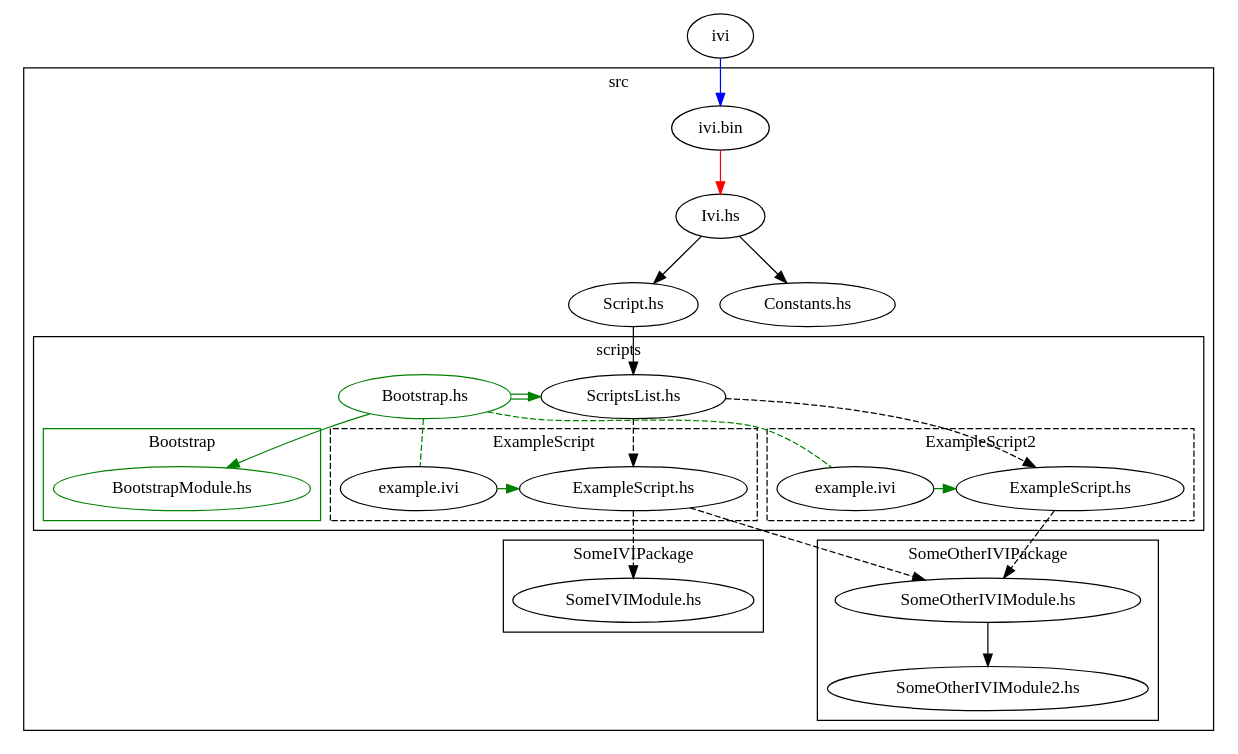
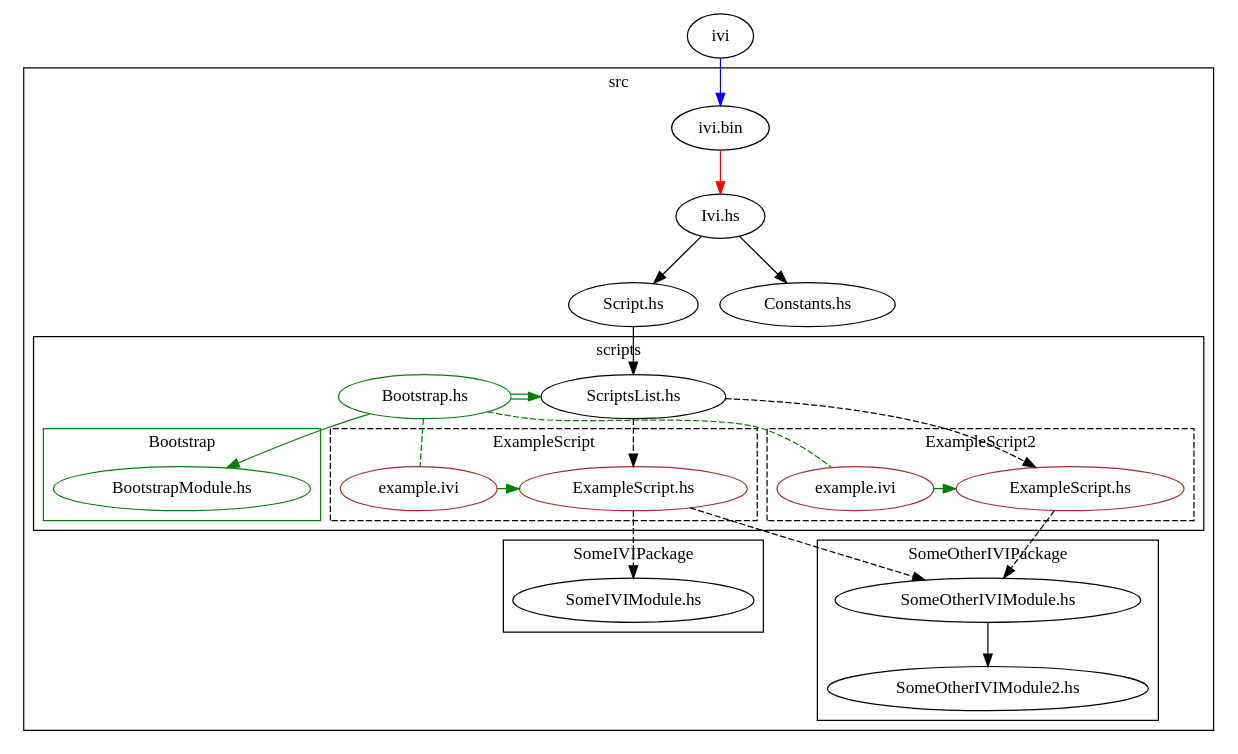
One commit to NorfairKing/IVI changed the diagram in details/dep_graph.dot. Above: the diagram before and after it, drawn with Graphviz. The commit also changed 1 other file, not shown here.

```diff
--- a/details/dep_graph.dot
+++ b/details/dep_graph.dot
@@ -1,82 +1,82 @@
 digraph G {
     ivilink [label="ivi"];
 
     subgraph cluster_src {
         label = "src";
         
         ivibin [label="ivi.bin"];
         
         ivihs [label="Ivi.hs"];
         scripths [label="Script.hs"];
         constantshs [label="Constants.hs"];
 
         {rank=same scripths constantshs};
 
         ivihs -> scripths;
         ivihs -> constantshs;
 
         subgraph cluster_src_scripts {
             label = "scripts";
             scriptslisths [label="ScriptsList.hs"];
 
             bootstraphs [label="Bootstrap.hs", color="green"];
             bootstraphs -> scriptslisths [color="green:white:green"];           
 
             {rank=same bootstraphs scriptslisths};
 
             subgraph cluster_scr_scripts_bootstrap {
                 label = "Bootstrap";
                 color = "green";
             
                 bootstrapmodulehs [label="BootstrapModule.hs",color="green"];
             }
             bootstraphs -> bootstrapmodulehs[color="green"];
 
             subgraph cluster_src_scripts_examplescript {
                 label = "ExampleScript";
                 style = "dashed";
                 
-                examplescripths [label="ExampleScript.hs"];
-                ivifile [label="example.ivi"];
-                ivifile -> examplescripths [color="green",style="double"];
+                examplescripths [label="ExampleScript.hs", color="brown"];
+                ivifile [label="example.ivi",color="brown"];
+                ivifile -> examplescripths [color="green"];
                 {rank=same ivifile examplescripths};
             }
             
             subgraph cluster_src_scripts_examplescript2 {
                 label = "ExampleScript2";
                 style = "dashed";
                 
-                examplescript2hs [label="ExampleScript.hs"];
-                ivifile2 [label="example.ivi"];
+                examplescript2hs [label="ExampleScript.hs", color="brown"];
+                ivifile2 [label="example.ivi", color="brown"];
                 ivifile2 -> examplescript2hs [color="green"];
                 {rank=same ivifile2 examplescript2hs};
             }
             scriptslisths -> examplescripths [style="dashed"];
             scriptslisths -> examplescript2hs [style="dashed"];
 
             
             bootstraphs -> ivifile [color="green",arrowhead ="none",style="dashed"];
             bootstraphs -> ivifile2 [color="green",arrowhead ="none",style="dashed"];
 
         }
         
 
         scripths -> scriptslisths;
     
         subgraph cluster_src_ivipackage {
             label = "SomeIVIPackage";
             ivimodule [label="SomeIVIModule.hs"];
         }
         subgraph cluster_src_otherivipackage {
             label = "SomeOtherIVIPackage";
             otherivimodule [label="SomeOtherIVIModule.hs"];
             otherivimodule2 [label="SomeOtherIVIModule2.hs"];
             otherivimodule -> otherivimodule2;
         }
     }
     examplescripths -> ivimodule [style="dashed"];
     examplescripths -> otherivimodule [style="dashed"];
     examplescript2hs -> otherivimodule [style="dashed"];
     ivilink ->ivibin [color="blue"];
     ivibin -> ivihs [color="red"];
 }
```
